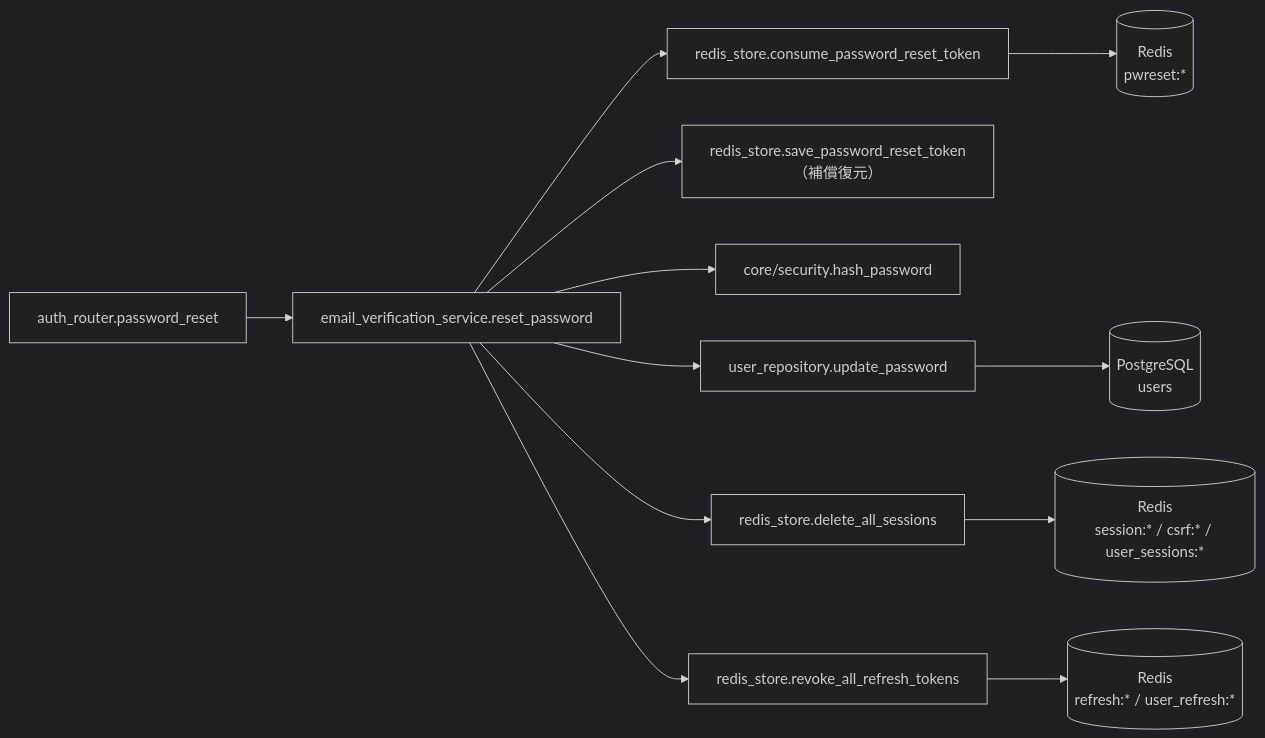
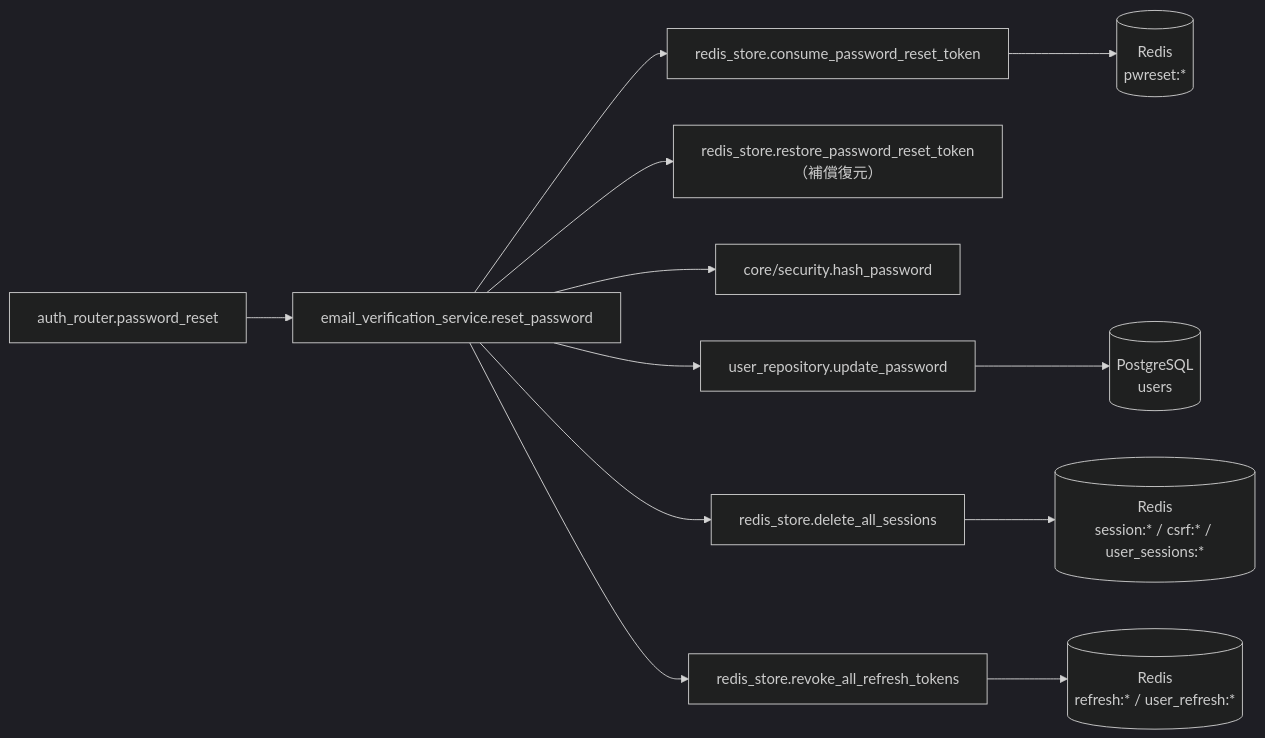
The third of 4 diagrams in docs/detailed_design/api/auth/10_post_auth_password_reset.md (oikawa-d/task_management), drawn with Mermaid (dark theme) before and after one commit. The commit also changed other lines of this file and 2 other files, not shown here.

````diff
--- a/docs/detailed_design/api/auth/10_post_auth_password_reset.md
+++ b/docs/detailed_design/api/auth/10_post_auth_password_reset.md
@@ -239,14 +239,14 @@
 ```mermaid
 flowchart LR
     R["auth_router.password_reset"] --> S["email_verification_service.reset_password"]
     S --> RD1["redis_store.consume_password_reset_token"]
-    S --> RD4["redis_store.save_password_reset_token（補償復元）"]
+    S --> RD4["redis_store.restore_password_reset_token（補償復元）"]
     S --> SEC["core/security.hash_password"]
     S --> UR["user_repository.update_password"]
     S --> RD2["redis_store.delete_all_sessions"]
     S --> RD3["redis_store.revoke_all_refresh_tokens"]
     RD1 --> REDIS1[("Redis<br/>pwreset:*")]
     UR --> PG[("PostgreSQL<br/>users")]
     RD2 --> REDIS2[("Redis<br/>session:* / csrf:* / user_sessions:*")]
     RD3 --> REDIS3[("Redis<br/>refresh:* / user_refresh:*")]
 ```
````
